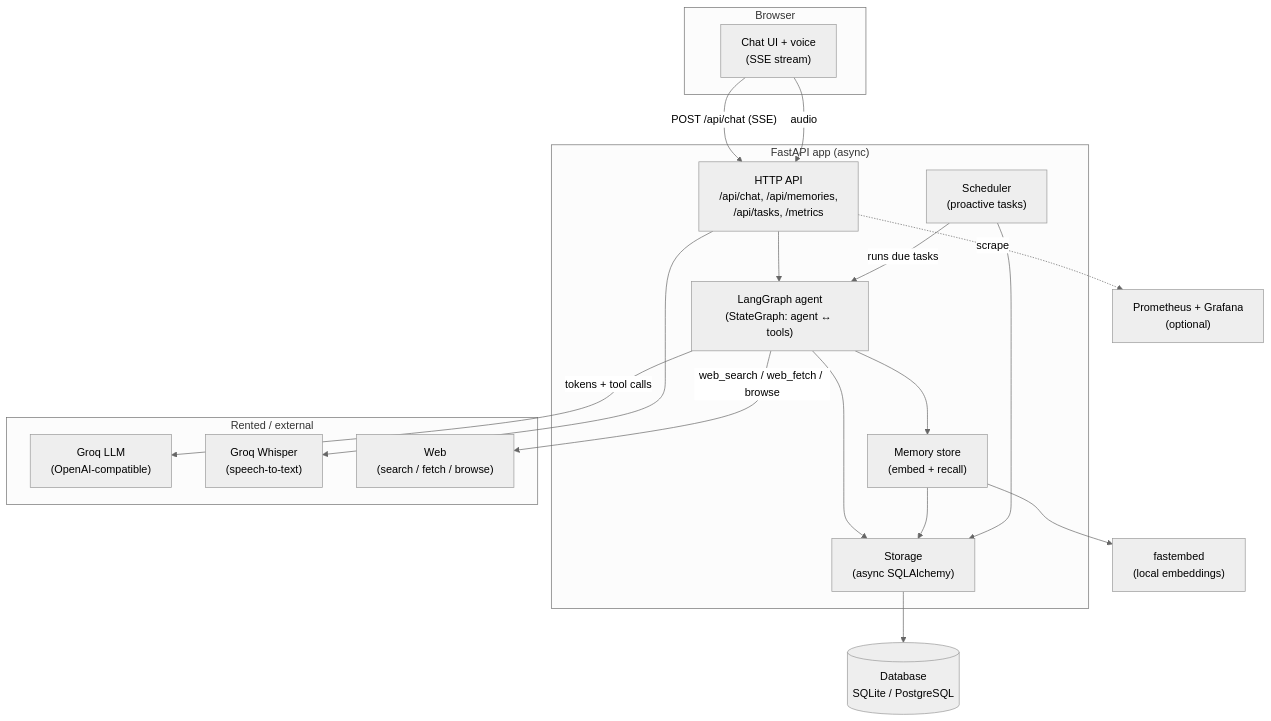
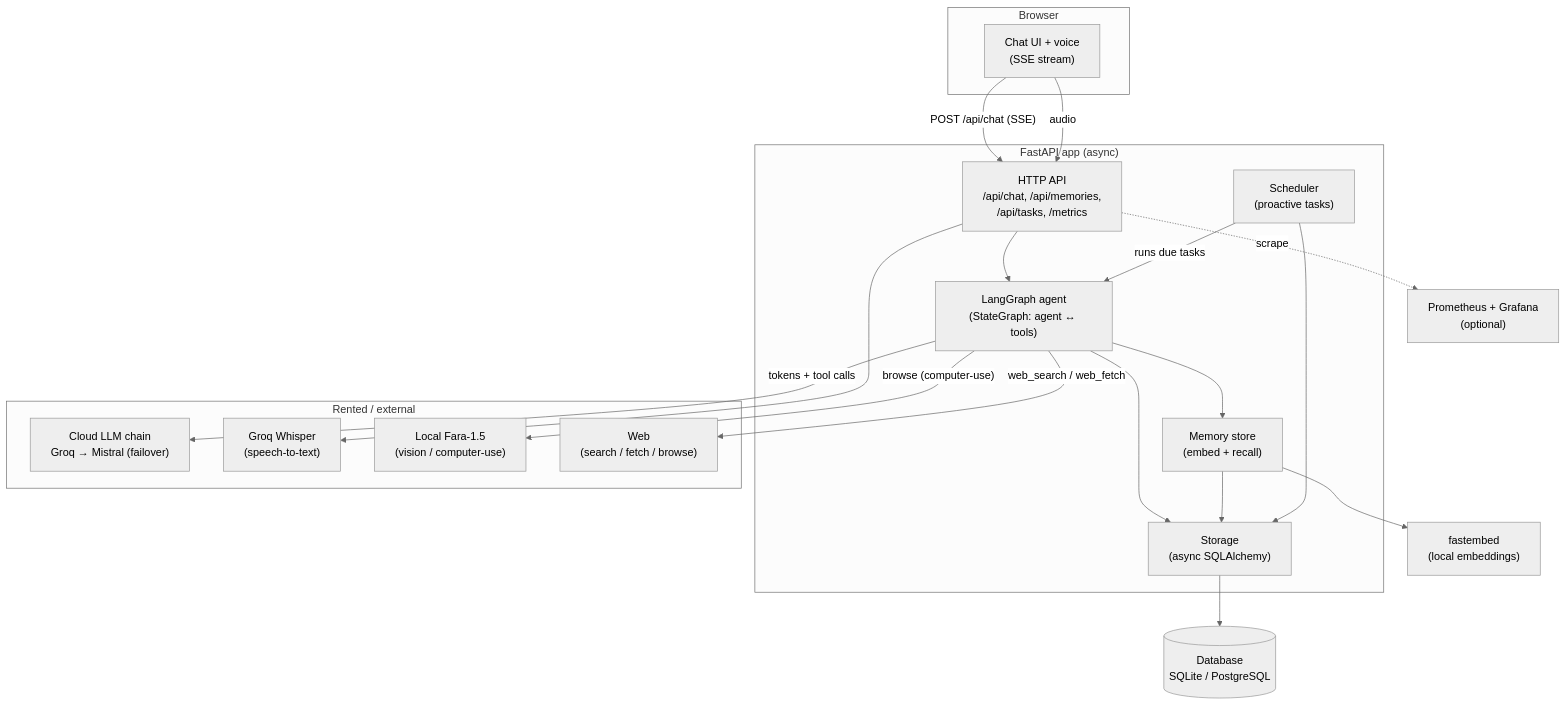
Before and after one commit to Vasanthx7/oli: the diagram in docs/architecture.md, drawn with Mermaid (neutral theme). The commit also changed other lines of this file and 21 other files, not shown here.

First line of the commit message:
feat(llm): cloud provider failover (Groq→Mistral); local model for computer-use only

````diff
--- a/docs/architecture.md
+++ b/docs/architecture.md
@@ -10,38 +12,40 @@
 ```mermaid
 flowchart TD
     subgraph Client["Browser"]
         UI["Chat UI + voice<br/>(SSE stream)"]
     end
 
     subgraph Server["FastAPI app (async)"]
         API["HTTP API<br/>/api/chat, /api/memories,<br/>/api/tasks, /metrics"]
         AGENT["LangGraph agent<br/>(StateGraph: agent &harr; tools)"]
         MEM["Memory store<br/>(embed + recall)"]
         SCHED["Scheduler<br/>(proactive tasks)"]
         STORE["Storage<br/>(async SQLAlchemy)"]
     end
 
     subgraph External["Rented / external"]
-        LLM["Groq LLM<br/>(OpenAI-compatible)"]
+        LLM["Cloud LLM chain<br/>Groq → Mistral (failover)"]
         WHISPER["Groq Whisper<br/>(speech-to-text)"]
+        FARA["Local Fara-1.5<br/>(vision / computer-use)"]
         WEB["Web<br/>(search / fetch / browse)"]
     end
 
     DB[("Database<br/>SQLite / PostgreSQL")]
     EMB["fastembed<br/>(local embeddings)"]
 
     UI -->|"POST /api/chat (SSE)"| API
     UI -->|"audio"| API
     API --> AGENT
     API --> WHISPER
     AGENT -->|"tokens + tool calls"| LLM
     AGENT --> MEM
-    AGENT -->|"web_search / web_fetch / browse"| WEB
+    AGENT -->|"web_search / web_fetch"| WEB
+    AGENT -->|"browse (computer-use)"| FARA
     AGENT --> STORE
     MEM --> EMB
     MEM --> STORE
     SCHED -->|"runs due tasks"| AGENT
     SCHED --> STORE
     STORE --> DB
     API -.->|"scrape"| PROM["Prometheus + Grafana<br/>(optional)"]
 ```
````
